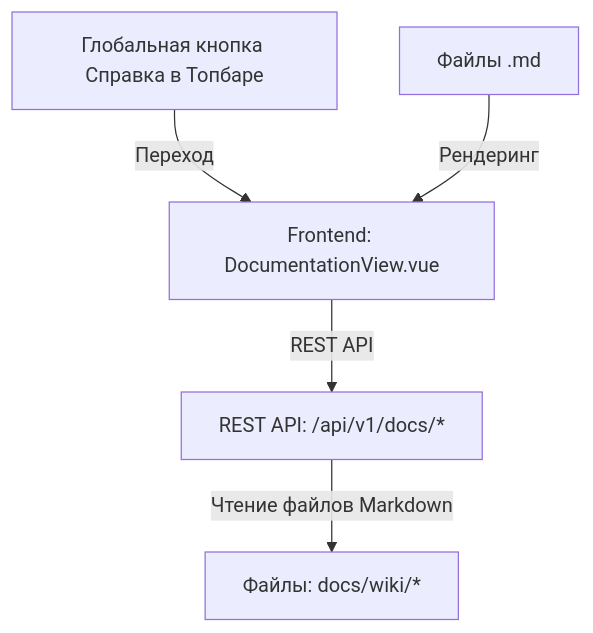
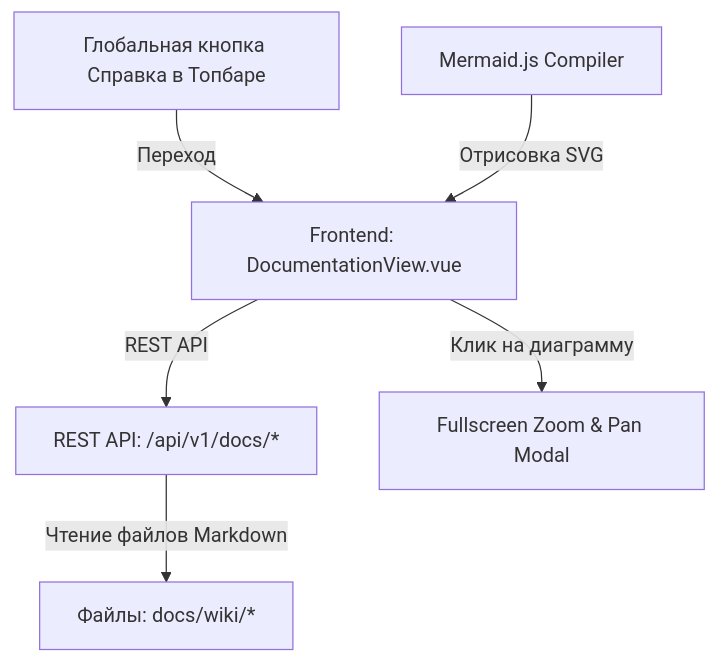
One commit to Apofixc/nms-webui changed the diagram in docs/wiki/02-usage/10-documentation-and-help.md. Above: the diagram before and after it, drawn with Mermaid. The commit also changed other lines of this file, not shown here.

````diff
--- a/docs/wiki/02-usage/10-documentation-and-help.md
+++ b/docs/wiki/02-usage/10-documentation-and-help.md
@@ -50,7 +70,8 @@
 ```mermaid
 graph TD
     UI["Frontend: DocumentationView.vue"] -->|REST API| API["REST API: /api/v1/docs/*"]
     API -->|Чтение файлов Markdown| FS["Файлы: docs/wiki/*"]
     TopBar["Глобальная кнопка Справка в Топбаре"] -->|Переход| UI
-    WikiFiles["Файлы .md"] -->|Рендеринг| UI
+    Mermaid["Mermaid.js Compiler"] -->|Отрисовка SVG| UI
+    UI -->|Клик на диаграмму| ZoomModal["Fullscreen Zoom & Pan Modal"]
 ```
````
